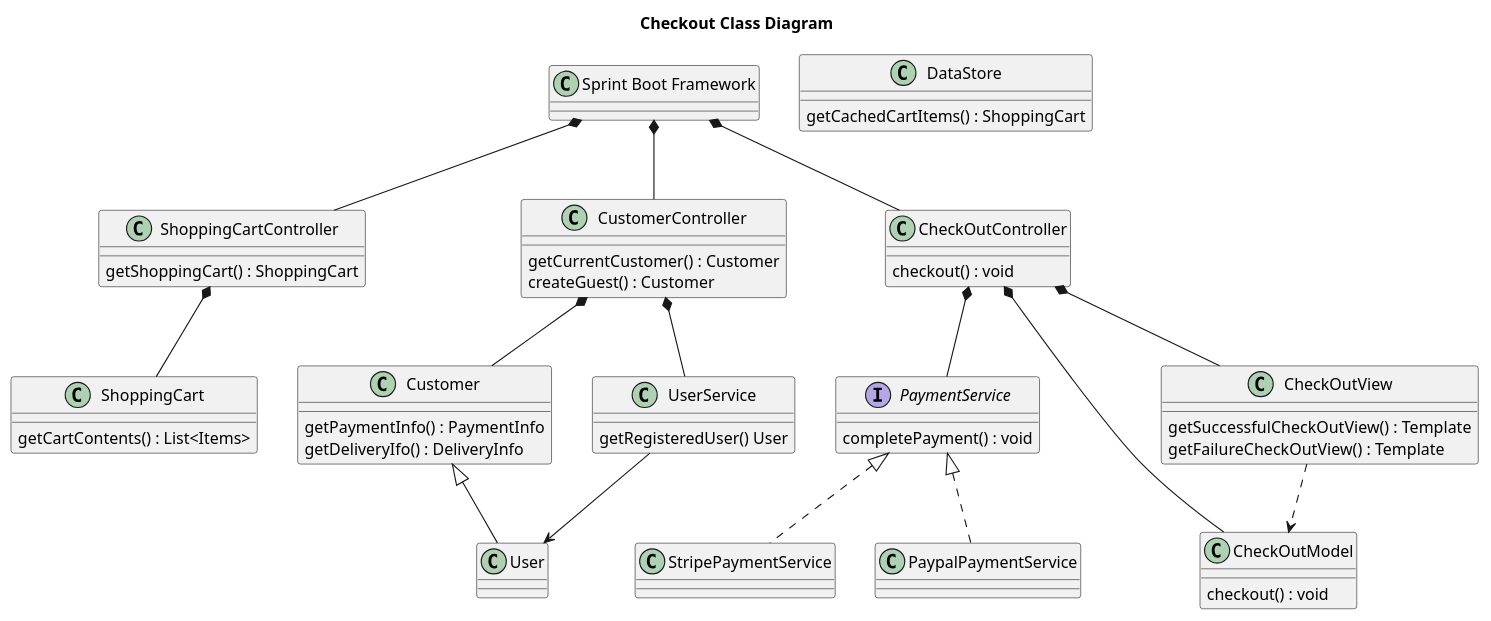
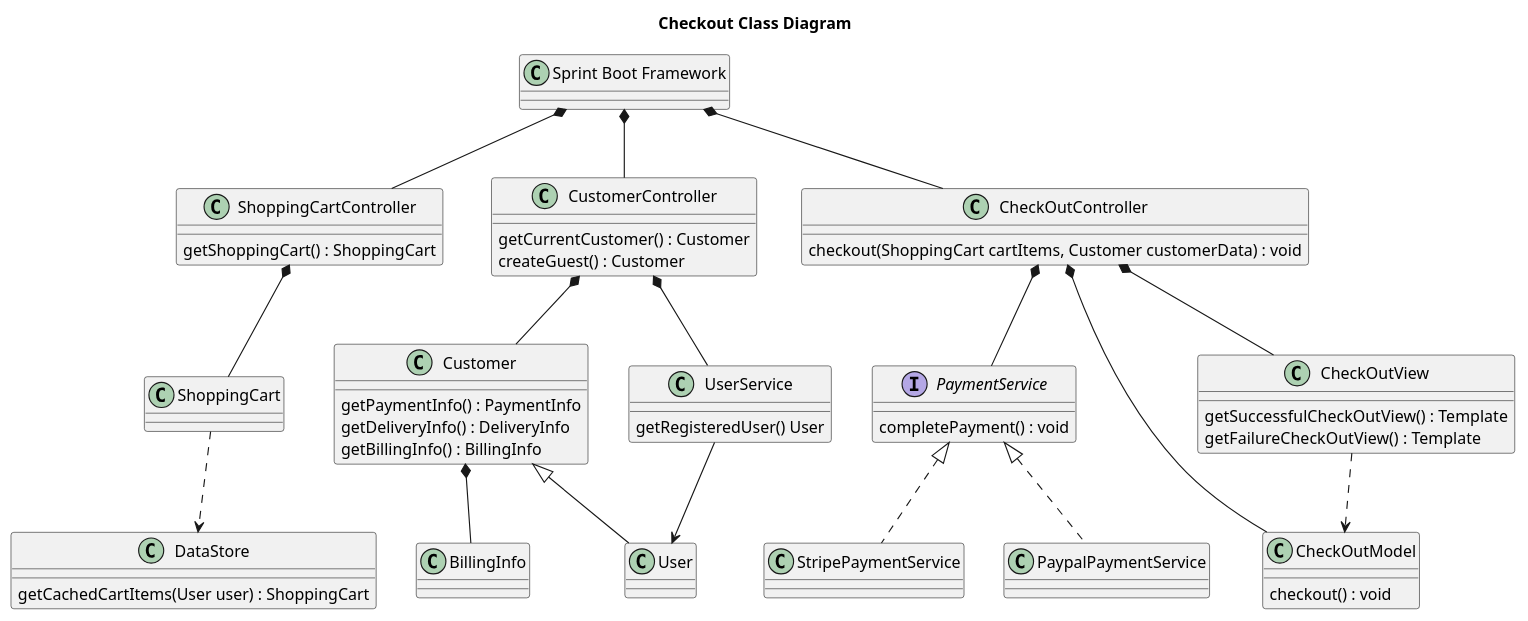
One commit to Rockie156/se577-train-system changed the diagram in docs/class/checkout.puml. Above: the diagram before and after it, drawn with PlantUML. The commit also changed 1 other file, not shown here.

Commit message:
Added parameters to Class/Sequence diagrams

```diff
--- a/docs/class/checkout.puml
+++ b/docs/class/checkout.puml
@@ -1,74 +1,76 @@
 @startuml
 
 title Checkout Class Diagram
 
 class "Sprint Boot Framework" as SBF
 SBF *-- ShoppingCartController
 SBF *-- CustomerController
 SBF *-- CheckOutController
 ShoppingCartController *-- ShoppingCart
 
 class ShoppingCartController {
 getShoppingCart() : ShoppingCart
 }
 
+ShoppingCart ..> DataStore
 class DataStore {
-getCachedCartItems() : ShoppingCart
+getCachedCartItems(User user) : ShoppingCart
 }
 
 class ShoppingCart {
-__
-getCartContents() : List<Items>
 }
 
 class CustomerController {
 __
 getCurrentCustomer() : Customer
 createGuest() : Customer
 }
 
 class Customer {
 __
 getPaymentInfo() : PaymentInfo
-getDeliveryIfo() : DeliveryInfo
+getDeliveryInfo() : DeliveryInfo
+getBillingInfo() : BillingInfo
 }
+
+Customer *-- BillingInfo
 
 class UserService {
 __
 getRegisteredUser() User
 }
 
 User -up-|> Customer
 CustomerController *-- UserService
 CustomerController *-- Customer
 UserService--> User
 
 class CheckOutController {
 __
-checkout() : void
+checkout(ShoppingCart cartItems, Customer customerData) : void
 }
 
 class CheckOutModel {
 __
 checkout() : void
 }
 interface PaymentService {
 completePayment() : void
 }
 
 class CheckOutView {
 getSuccessfulCheckOutView() : Template
 getFailureCheckOutView() : Template
 }
 
 StripePaymentService .up.|> PaymentService
 PaypalPaymentService .up.|> PaymentService
 
 CheckOutController *-- PaymentService
 CheckOutController *-- CheckOutModel
 CheckOutController *-- CheckOutView
 CheckOutView ..> CheckOutModel
 'ObserverPattern or Pub/Sub needed to be added...
 '  if someone else buys last item, shopping cart should be updated...
 'View may need to be updated
 @enduml
```
